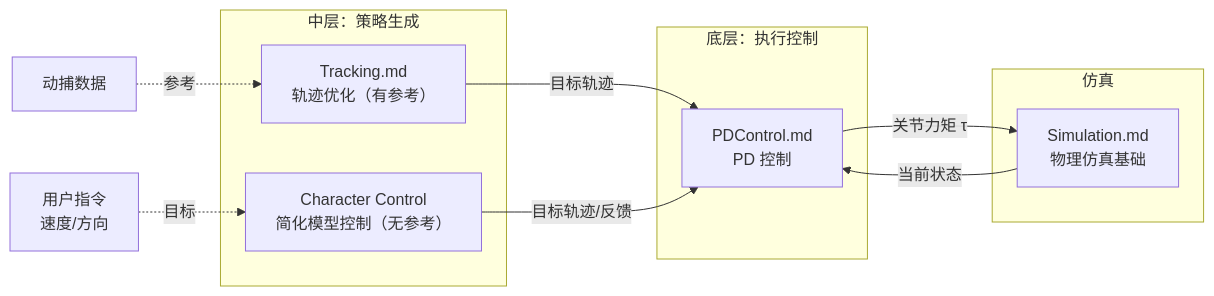
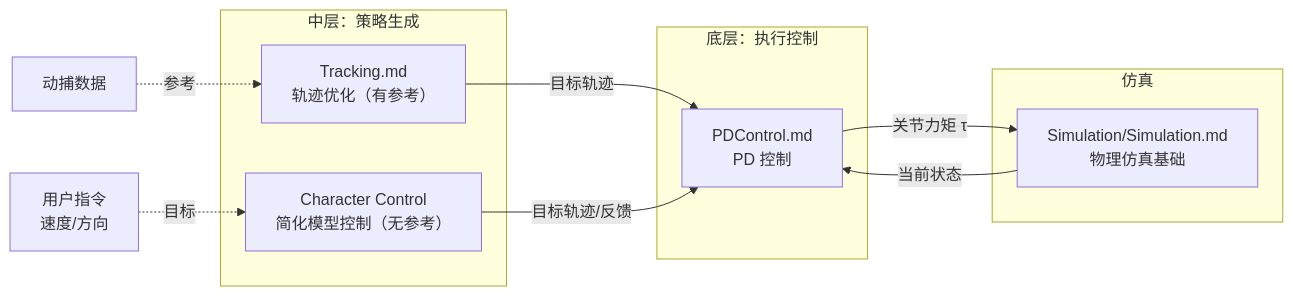
The diagram in src/CharacterControl/CharacterControl.md (CaterpillarStudyGroup/GAMES105_mdbook), drawn with Mermaid before and after one commit. The commit also changed 8 other files, not shown here.

````diff
--- a/src/CharacterControl/CharacterControl.md
+++ b/src/CharacterControl/CharacterControl.md
@@ -9,23 +9,23 @@
 ```mermaid
 flowchart LR
     subgraph "中层：策略生成"
         C["Tracking.md<br/>轨迹优化（有参考）"]
         D["Character Control<br/>简化模型控制（无参考）"]
     end
 
     subgraph "底层：执行控制"
         B[PDControl.md<br/>PD 控制]
     end
 
     subgraph "仿真"
-        A[Simulation.md<br/>物理仿真基础]
+        A[Simulation/Simulation.md<br/>物理仿真基础]
     end
 
     E["动捕数据"] -.->|参考 | C
     F["用户指令<br/>速度/方向"] -.->|目标 | D
 
     C -->|"目标轨迹"| B
     D -->|"目标轨迹/反馈"| B
     B -->|"关节力矩 τ"| A
     A -->|"当前状态"| B
 ```
````
